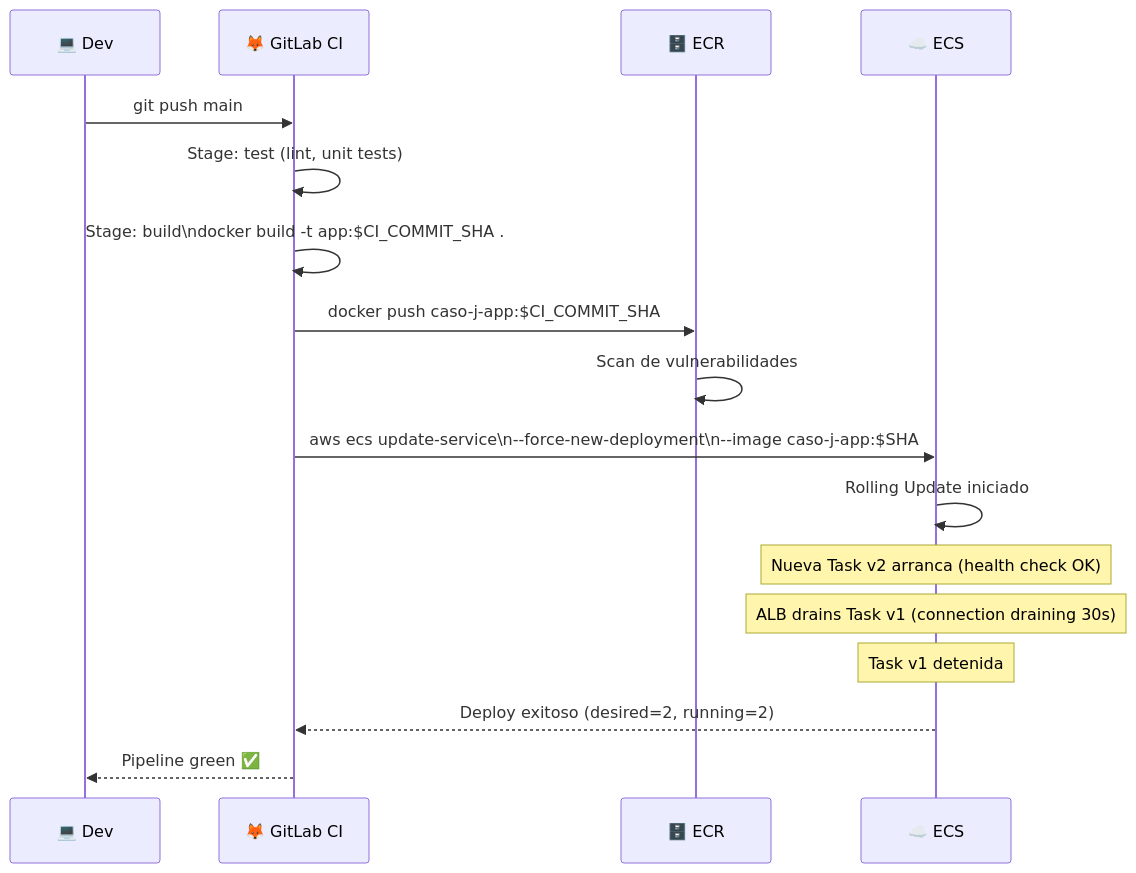
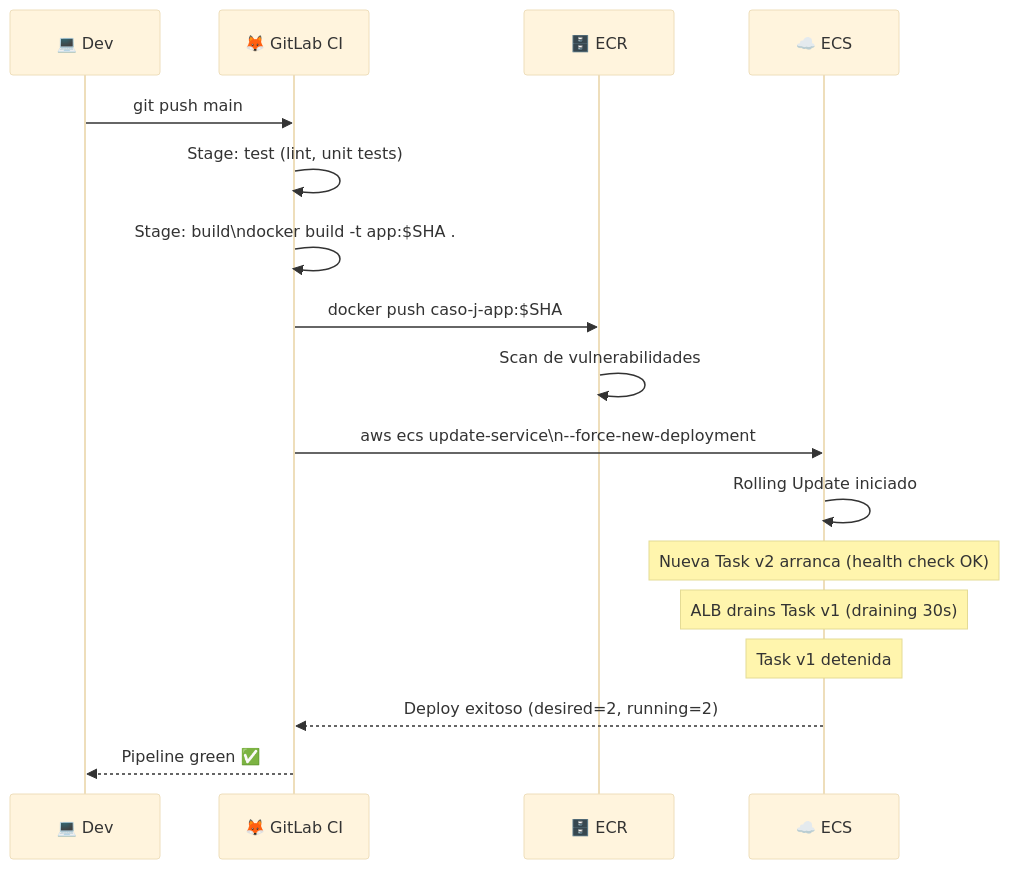
The second of 4 diagrams in caso-j-containers-ecs/docs/architecture.md (vladimiracunadev-create/proyectos-aws), drawn with Mermaid before and after one commit. The commit also changed other lines of this file and 6 other files, not shown here.

Commit message:
docs: mass optimization of architecture diagrams for all completed cases (A, B, C, D, J, K, L) - vertical flow and premium styles

````diff
--- a/caso-j-containers-ecs/docs/architecture.md
+++ b/caso-j-containers-ecs/docs/architecture.md
@@ -72,23 +76,23 @@
 ```mermaid
+%%{init: {'theme': 'base', 'themeVariables': { 'fontsize': '16px' }}}%%
 sequenceDiagram
     participant Dev as 💻 Dev
     participant GitLab as 🦊 GitLab CI
     participant ECR as 🗄️ ECR
     participant ECS as ☁️ ECS
 
     Dev->>GitLab: git push main
     GitLab->>GitLab: Stage: test (lint, unit tests)
-    GitLab->>GitLab: Stage: build\ndocker build -t app:$CI_COMMIT_SHA .
-    GitLab->>ECR: docker push caso-j-app:$CI_COMMIT_SHA
+    GitLab->>GitLab: Stage: build\ndocker build -t app:$SHA .
+    GitLab->>ECR: docker push caso-j-app:$SHA
     ECR->>ECR: Scan de vulnerabilidades
 
-    GitLab->>ECS: aws ecs update-service\n--force-new-deployment\n--image caso-j-app:$SHA
-
+    GitLab->>ECS: aws ecs update-service\n--force-new-deployment
     ECS->>ECS: Rolling Update iniciado
     Note over ECS: Nueva Task v2 arranca (health check OK)
-    Note over ECS: ALB drains Task v1 (connection draining 30s)
+    Note over ECS: ALB drains Task v1 (draining 30s)
     Note over ECS: Task v1 detenida
 
     ECS-->>GitLab: Deploy exitoso (desired=2, running=2)
     GitLab-->>Dev: Pipeline green ✅
 ```
````
